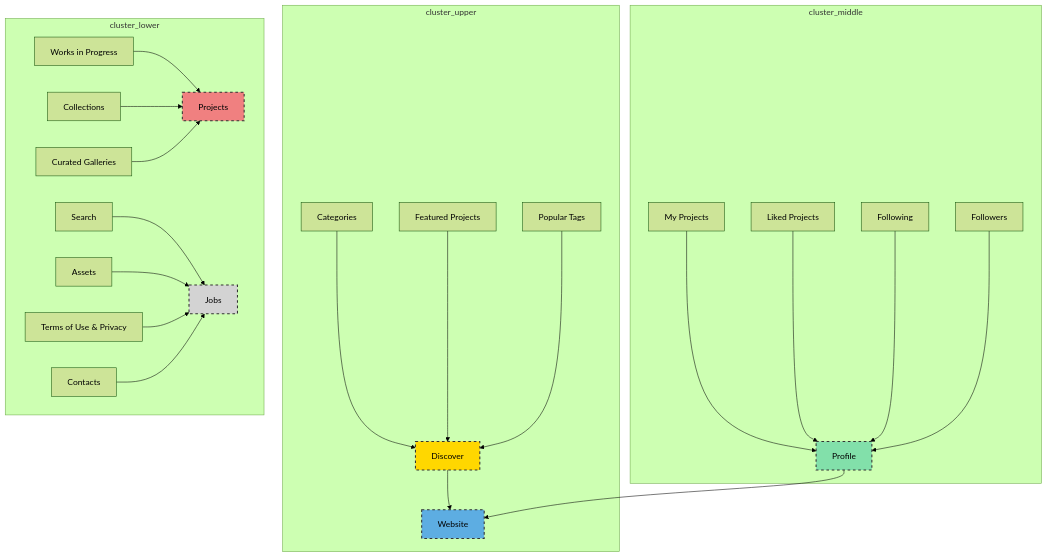
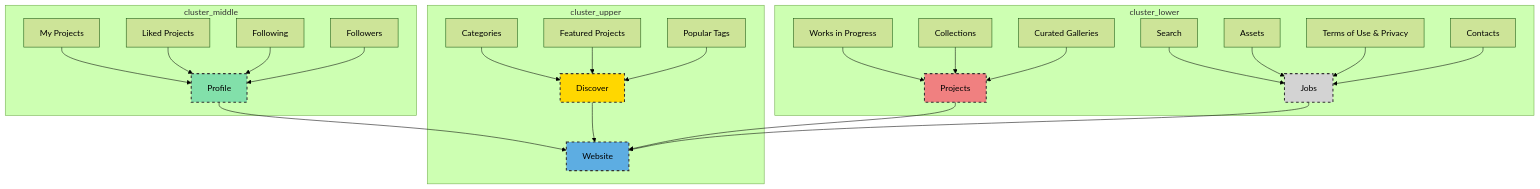
One commit to Yarema91/Blockscheme- changed the diagram in README.md. Above: the diagram before and after it, drawn with Mermaid (forest theme).

````diff
--- a/README.md
+++ b/README.md
@@ -3,49 +3,50 @@
 ```mermaid
 graph TB;
 
 style A fill:#5DADE2, stroke:#333, stroke-width:2px, stroke-dasharray: 5, 5, shape:rect;
 style B fill:#FFD700, stroke:#333, stroke-width:2px, stroke-dasharray: 5, 5, shape:rect;
 style F fill:#82E0AA, stroke:#333, stroke-width:2px, stroke-dasharray: 5, 5, shape:rect;
 style K fill:#F08080, stroke:#333, stroke-width:2px, stroke-dasharray: 5, 5, shape:rect;
 style O fill:#D3D3D3, stroke:#333, stroke-width:2px, stroke-dasharray: 5, 5, shape:rect;
 
 subgraph cluster_upper
   A[Website]
   B[Discover]
   C[Categories]
   D[Featured Projects]
   E[Popular Tags]
 end
 
 subgraph cluster_middle
   F[Profile]
   G[My Projects]
   H[Liked Projects]
   I[Following]
   J[Followers]
 end
 
 subgraph cluster_lower
   K[Projects]
   L[Works in Progress]
   M[Collections]
   N[Curated Galleries]
   O[Jobs]
   P[Search]
   Q[Assets]
   R[Terms of Use & Privacy]
   S[Contacts]
 end
 
-B --> A;
-F --> A;
+B & F --> A;
+
 C & D & E --> B;
 G & H --> F;
 I & J --> F;
 L & M & N --> K;
 P & Q --> O;
 R & S --> O;
+K & O --> A
 
  
 
 ```
````
